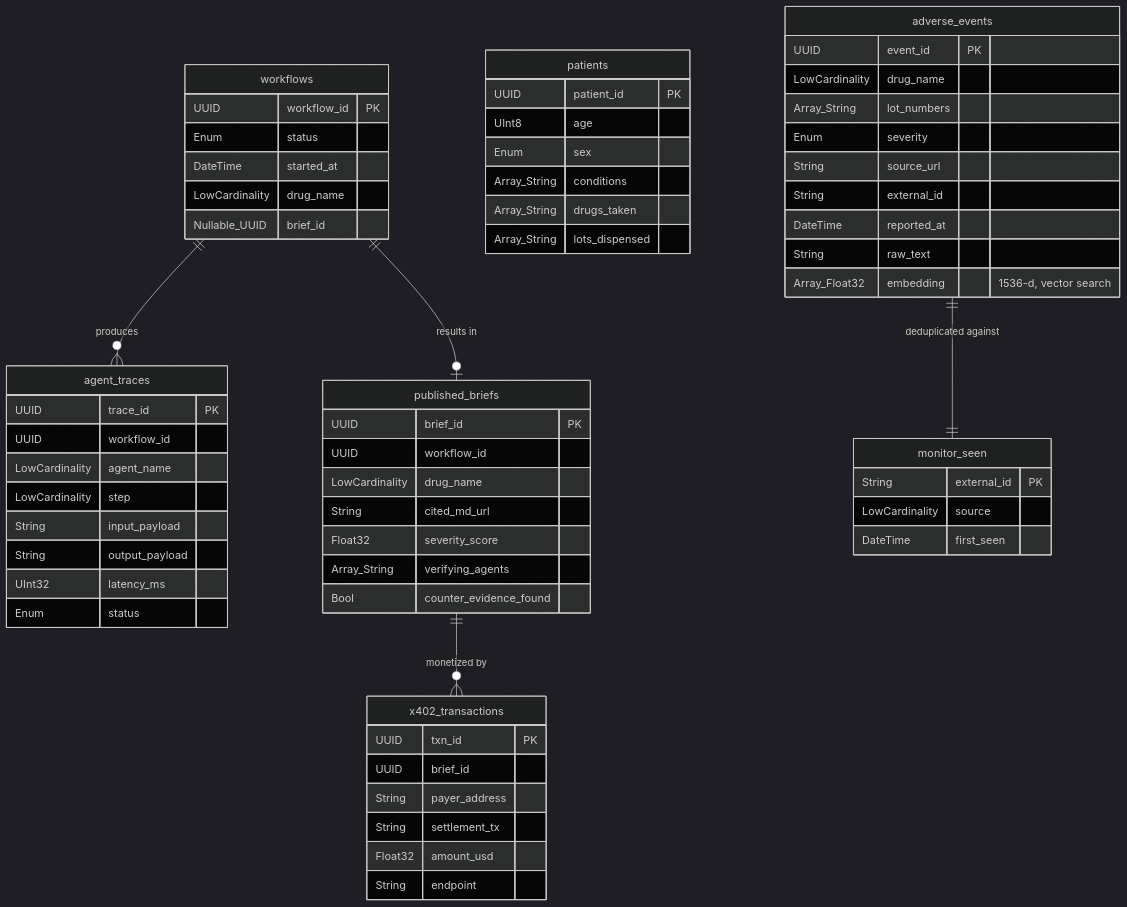
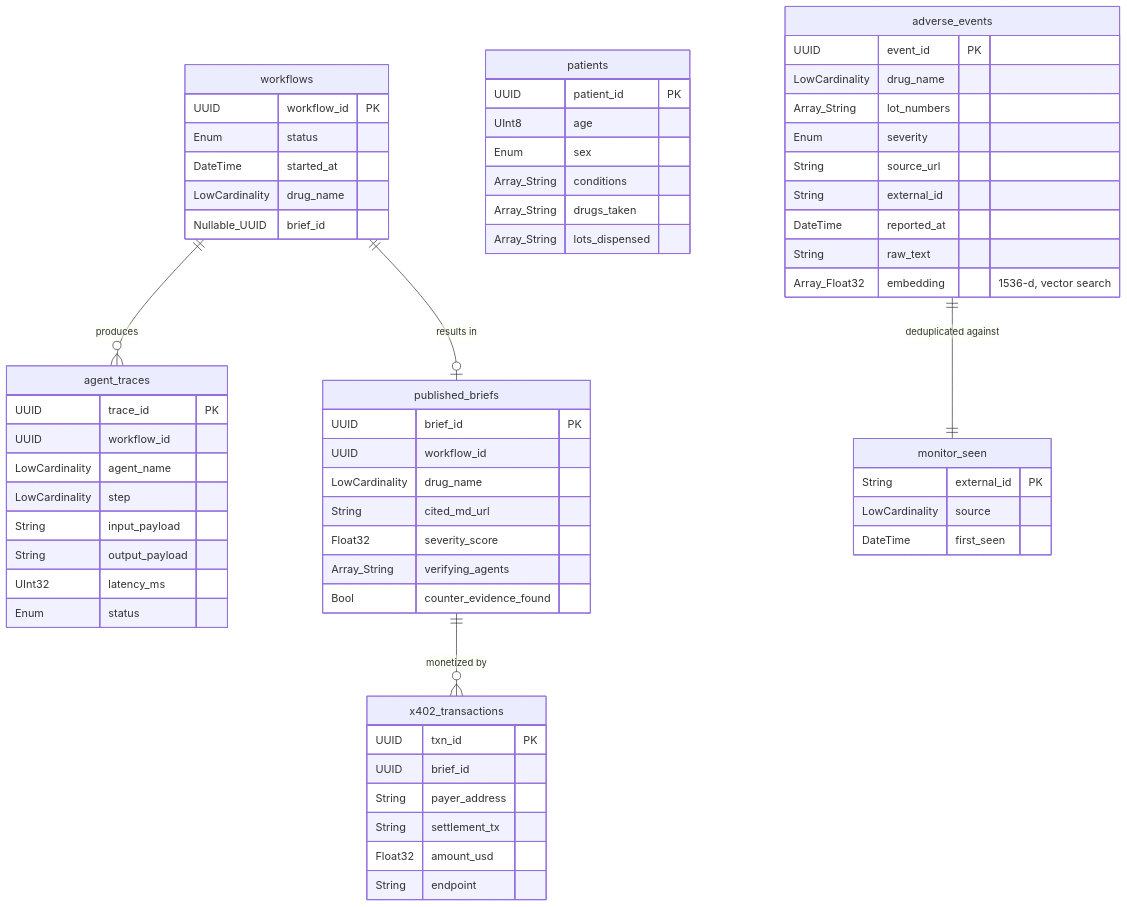
The sixth of 9 diagrams in ARCHITECTURE.md (roshaninfordham/reflexagent), drawn with Mermaid before and after one commit. The commit also changed other lines of this file and 9 other files, not shown here.

````diff
--- a/ARCHITECTURE.md
+++ b/ARCHITECTURE.md
@@ -229,67 +229,67 @@
 ```mermaid
-%%{init: {'theme':'dark', 'themeVariables':{'fontFamily':'Inter, system-ui'}}}%%
+
 erDiagram
     adverse_events {
         UUID event_id PK
         LowCardinality drug_name
         Array_String lot_numbers
         Enum severity
         String source_url
         String external_id
         DateTime reported_at
         String raw_text
         Array_Float32 embedding "1536-d, vector search"
     }
     agent_traces {
         UUID trace_id PK
         UUID workflow_id
         LowCardinality agent_name
         LowCardinality step
         String input_payload
         String output_payload
         UInt32 latency_ms
         Enum status
     }
     published_briefs {
         UUID brief_id PK
         UUID workflow_id
         LowCardinality drug_name
         String cited_md_url
         Float32 severity_score
         Array_String verifying_agents
         Bool counter_evidence_found
     }
     patients {
         UUID patient_id PK
         UInt8 age
         Enum sex
         Array_String conditions
         Array_String drugs_taken
         Array_String lots_dispensed
     }
     x402_transactions {
         UUID txn_id PK
         UUID brief_id
         String payer_address
         String settlement_tx
         Float32 amount_usd
         String endpoint
     }
     workflows {
         UUID workflow_id PK
         Enum status
         DateTime started_at
         LowCardinality drug_name
         Nullable_UUID brief_id
     }
     monitor_seen {
         String external_id PK
         LowCardinality source
         DateTime first_seen
     }
 
     workflows ||--o{ agent_traces : "produces"
     workflows ||--o| published_briefs : "results in"
     published_briefs ||--o{ x402_transactions : "monetized by"
     adverse_events ||--|| monitor_seen : "deduplicated against"
 ```
````
